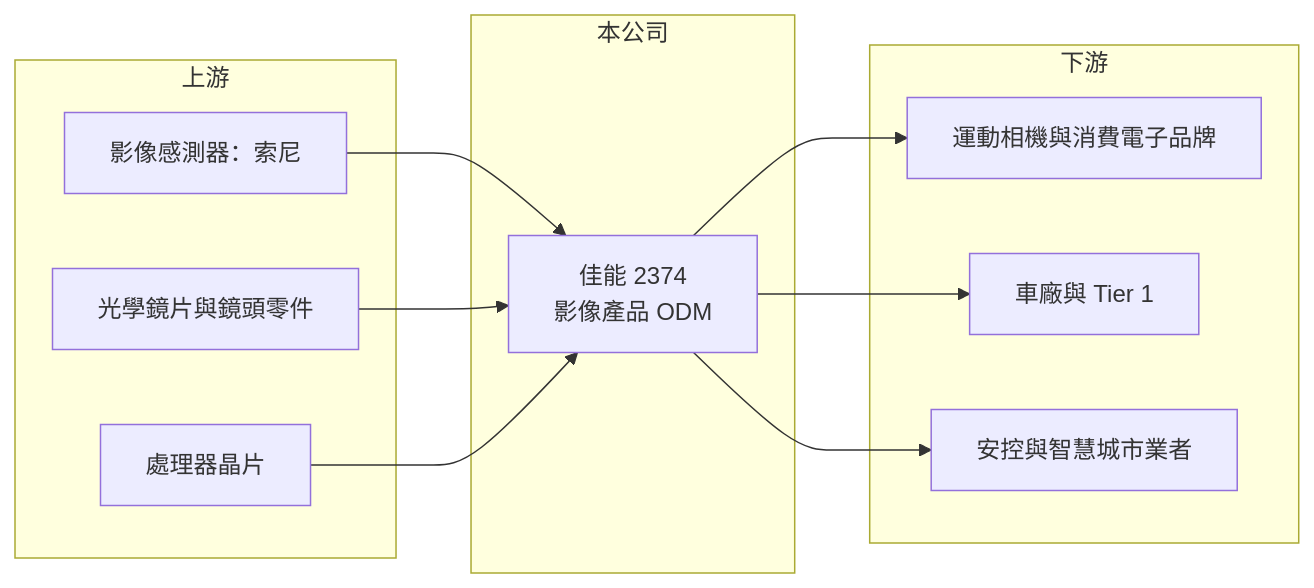
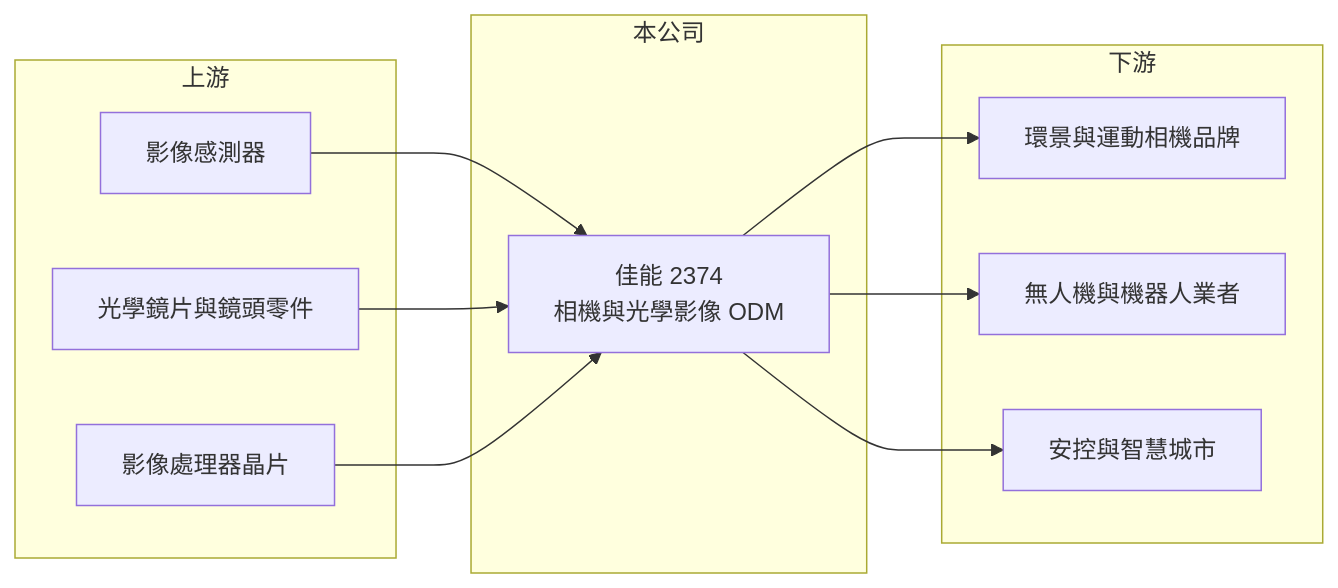
One commit to wangnick1004/taiwan-stock-vault changed the diagram in 個股/台股/2374佳能.md. Above: the diagram before and after it, drawn with Mermaid. The commit also changed other lines of this file and 10 other files, not shown here.

````diff
--- a/個股/台股/2374佳能.md
+++ b/個股/台股/2374佳能.md
@@ -86,22 +103,22 @@
 ```mermaid
 flowchart LR
     subgraph 上游
-        A1["影像感測器：索尼"]
-        A2["光學鏡片與鏡頭零件"]
-        A3["處理器晶片"]
+        A1[影像感測器]
+        A2[光學鏡片與鏡頭零件]
+        A3[影像處理器晶片]
     end
     subgraph 本公司
-        B["佳能 2374<br/>影像產品 ODM"]
+        B[佳能 2374<br/>相機與光學影像 ODM]
     end
     subgraph 下游
-        C1["運動相機與消費電子品牌"]
-        C2["車廠與 Tier 1"]
-        C3["安控與智慧城市業者"]
+        C1[環景與運動相機品牌]
+        C2[無人機與機器人業者]
+        C3[安控與智慧城市]
     end
     A1 --> B
     A2 --> B
     A3 --> B
     B --> C1
     B --> C2
     B --> C3
 ```
````
